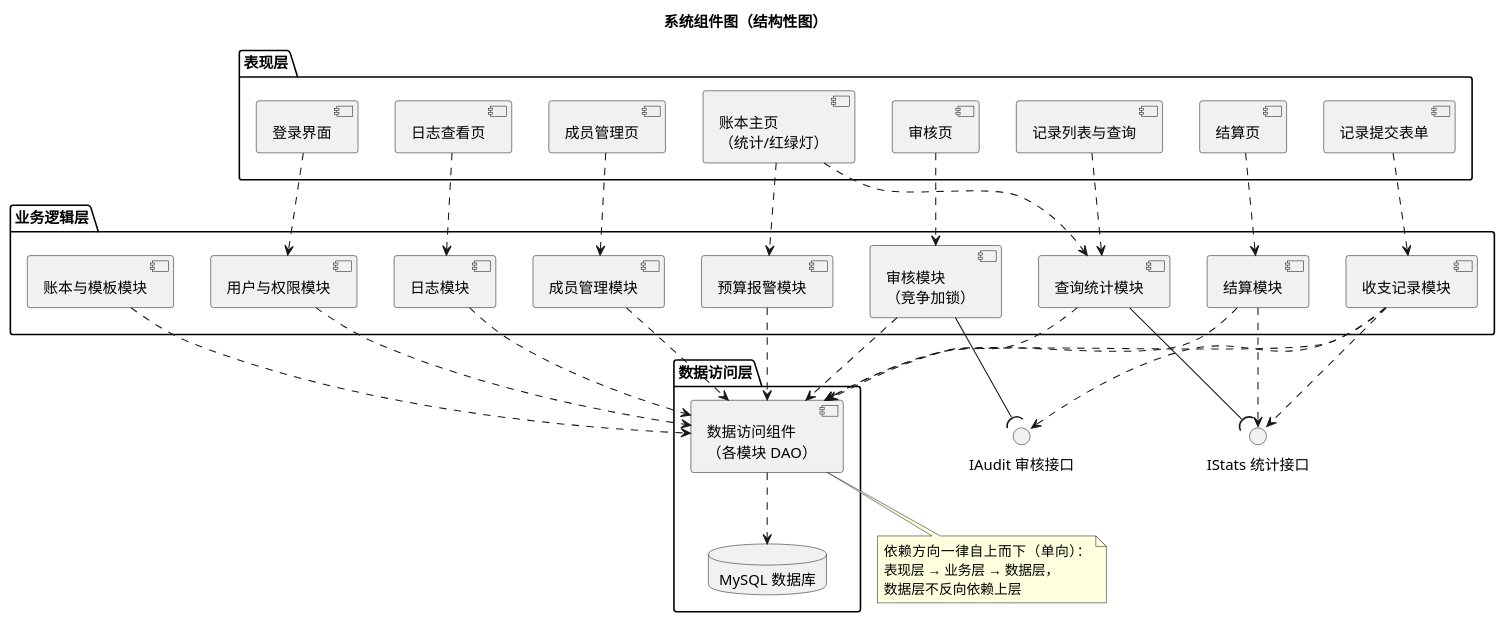
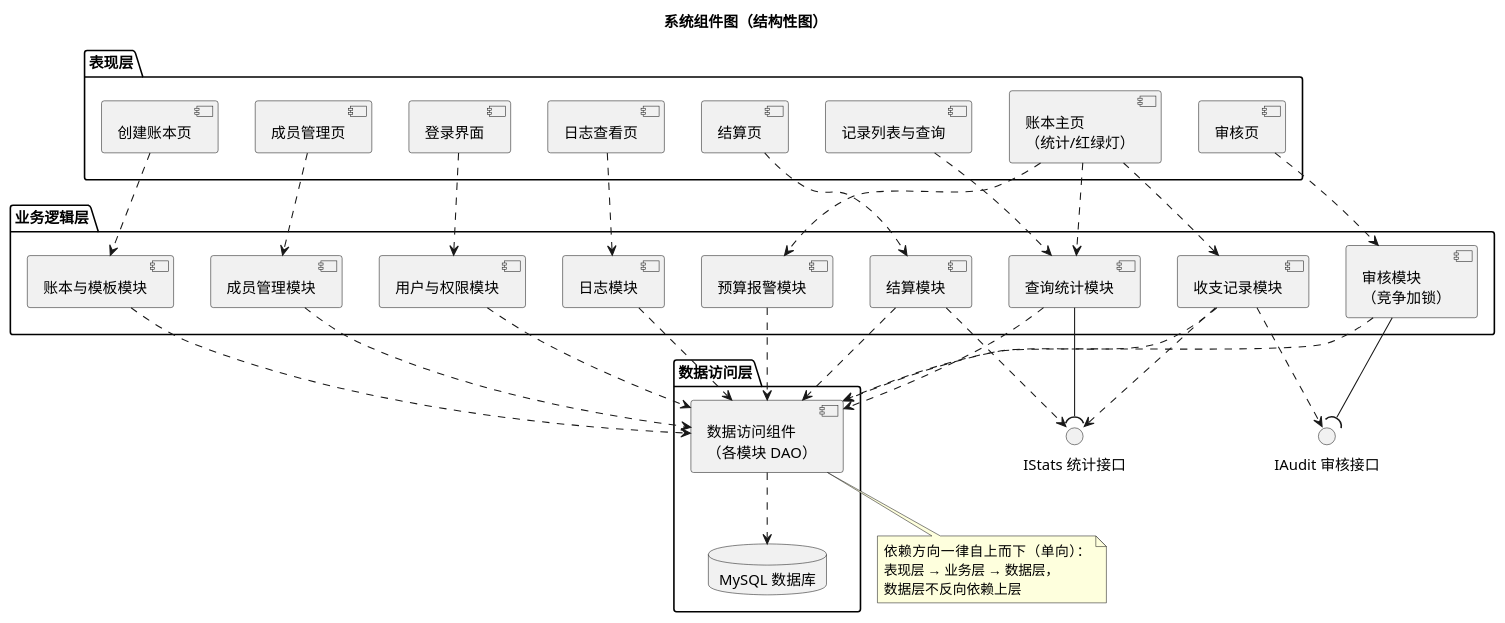
One commit to Emperor-of-Desolate-Heaven/- changed the diagram in 实验2_241220161_李璟睿/UML/UML组件图.puml. Above: the diagram before and after it, drawn with PlantUML. The commit also changed 13 other files, not shown here.

Commit message:
实验二：人工修改组件图（提交表单并入主页弹窗、界面4改创建账本页、结算页只读）并加入渲染图与 UI 界面

```diff
--- a/实验2_241220161_李璟睿/UML/UML组件图.puml
+++ b/实验2_241220161_李璟睿/UML/UML组件图.puml
@@ -1,72 +1,73 @@
 @startuml 系统组件图
 title 系统组件图（结构性图）
 
 package "表现层" {
   component [登录界面] as UI_Login
   component [账本主页\n（统计/红绿灯）] as UI_Home
   component [记录列表与查询] as UI_Query
-  component [记录提交表单] as UI_Submit
+  component [创建账本页] as UI_NewLedger
   component [审核页] as UI_Audit
   component [成员管理页] as UI_Member
   component [结算页] as UI_Settle
   component [日志查看页] as UI_Log
 }
 
 package "业务逻辑层" {
   component [用户与权限模块] as SVC_Auth
   component [账本与模板模块] as SVC_Ledger
   component [成员管理模块] as SVC_Member
   component [收支记录模块] as SVC_Record
   component [审核模块\n（竞争加锁）] as SVC_Audit
   component [查询统计模块] as SVC_Stats
   component [结算模块] as SVC_Settle
   component [预算报警模块] as SVC_Budget
   component [日志模块] as SVC_Log
 }
 
 package "数据访问层" {
   component [数据访问组件\n（各模块 DAO）] as DAO
   database "MySQL 数据库" as MySQL
 }
 
 interface "IAudit 审核接口" as IAudit
 interface "IStats 统计接口" as IStats
 
 ' 表现层 → 业务层
 UI_Login ..> SVC_Auth
-UI_Submit ..> SVC_Record
+UI_NewLedger ..> SVC_Ledger
+UI_Home ..> SVC_Record
 UI_Audit ..> SVC_Audit
 UI_Member ..> SVC_Member
 UI_Settle ..> SVC_Settle
 UI_Log ..> SVC_Log
 UI_Query ..> SVC_Stats
 UI_Home ..> SVC_Stats
 UI_Home ..> SVC_Budget
 
 ' 业务层模块间接口（提供/使用）
 SVC_Audit --( IAudit
 SVC_Record ..> IAudit
 SVC_Stats --( IStats
 SVC_Record ..> IStats
 SVC_Settle ..> IStats
 
 ' 业务层 → 数据访问层
 SVC_Auth ..> DAO
 SVC_Ledger ..> DAO
 SVC_Member ..> DAO
 SVC_Record ..> DAO
 SVC_Audit ..> DAO
 SVC_Stats ..> DAO
 SVC_Settle ..> DAO
 SVC_Budget ..> DAO
 SVC_Log ..> DAO
 
 DAO ..> MySQL
 
 note bottom of DAO
   依赖方向一律自上而下（单向）：
   表现层 → 业务层 → 数据层，
   数据层不反向依赖上层
 end note
 
 @enduml
```
